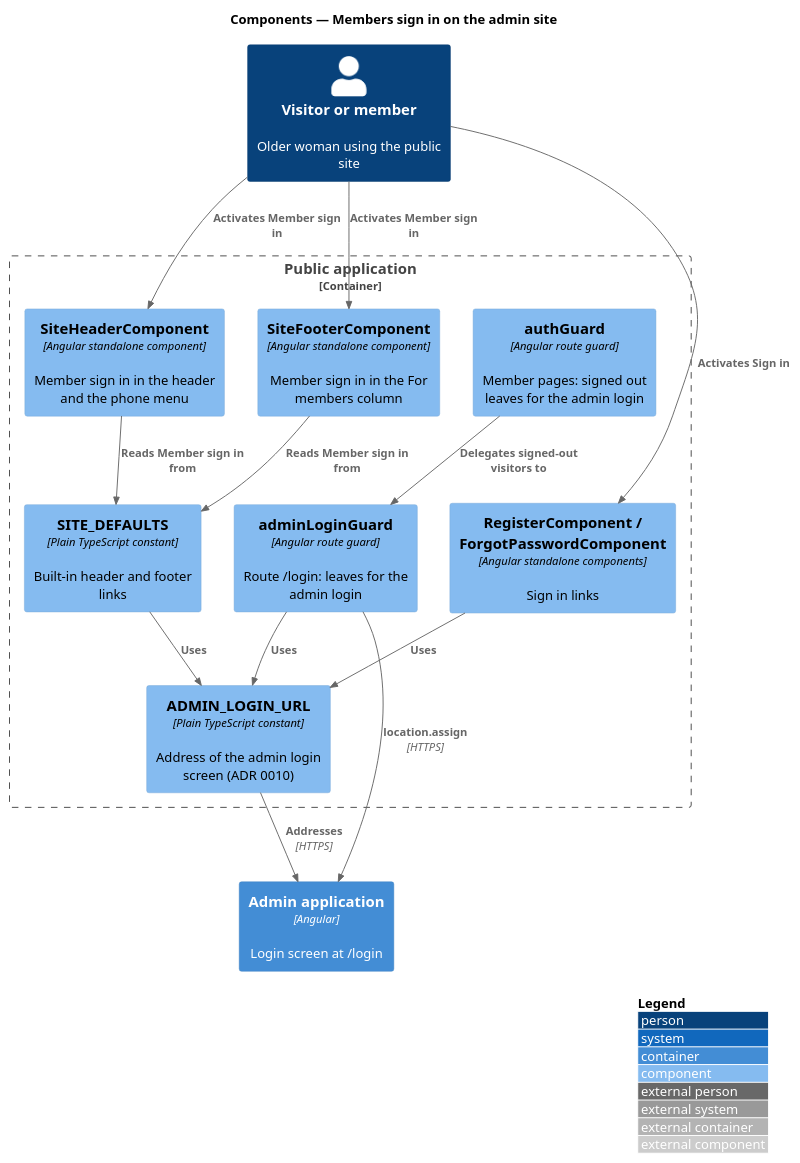
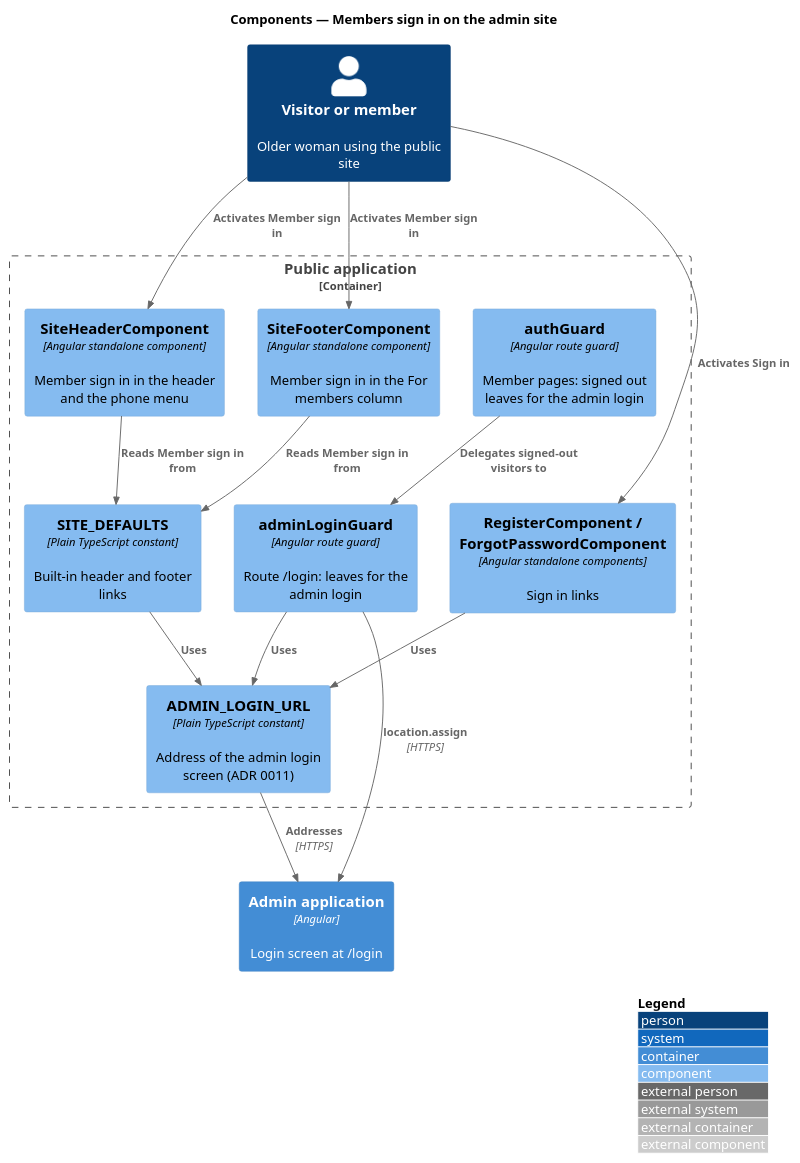
The diagram in docs/detailed-designs/public-app/sign-in-on-admin-site/diagrams/c4-component.puml (QuinntyneBrown/Coop), drawn with PlantUML before and after one commit. The commit also changed 5 other files, not shown here.

First line of the commit message:
Renumber the admin login address ADR to 0011 after rebasing on main

```diff
--- a/docs/detailed-designs/public-app/sign-in-on-admin-site/diagrams/c4-component.puml
+++ b/docs/detailed-designs/public-app/sign-in-on-admin-site/diagrams/c4-component.puml
@@ -1,29 +1,29 @@
 @startuml
 !include <C4/C4_Component>
 LAYOUT_WITH_LEGEND()
 title Components — Members sign in on the admin site
 
 Person(visitor, "Visitor or member", "Older woman using the public site")
 Container_Boundary(publicApp, "Public application") {
   Component(siteHeader, "SiteHeaderComponent", "Angular standalone component", "Member sign in in the header and the phone menu")
   Component(siteFooter, "SiteFooterComponent", "Angular standalone component", "Member sign in in the For members column")
   Component(register, "RegisterComponent / ForgotPasswordComponent", "Angular standalone components", "Sign in links")
   Component(defaults, "SITE_DEFAULTS", "Plain TypeScript constant", "Built-in header and footer links")
-  Component(url, "ADMIN_LOGIN_URL", "Plain TypeScript constant", "Address of the admin login screen (ADR 0010)")
+  Component(url, "ADMIN_LOGIN_URL", "Plain TypeScript constant", "Address of the admin login screen (ADR 0011)")
   Component(loginGuard, "adminLoginGuard", "Angular route guard", "Route /login: leaves for the admin login")
   Component(authGuard, "authGuard", "Angular route guard", "Member pages: signed out leaves for the admin login")
 }
 Container(adminApp, "Admin application", "Angular", "Login screen at /login")
 
 Rel(visitor, siteHeader, "Activates Member sign in")
 Rel(visitor, siteFooter, "Activates Member sign in")
 Rel(visitor, register, "Activates Sign in")
 Rel(siteHeader, defaults, "Reads Member sign in from")
 Rel(siteFooter, defaults, "Reads Member sign in from")
 Rel(defaults, url, "Uses")
 Rel(register, url, "Uses")
 Rel(loginGuard, url, "Uses")
 Rel(authGuard, loginGuard, "Delegates signed-out visitors to")
 Rel(url, adminApp, "Addresses", "HTTPS")
 Rel(loginGuard, adminApp, "location.assign", "HTTPS")
 @enduml
```
